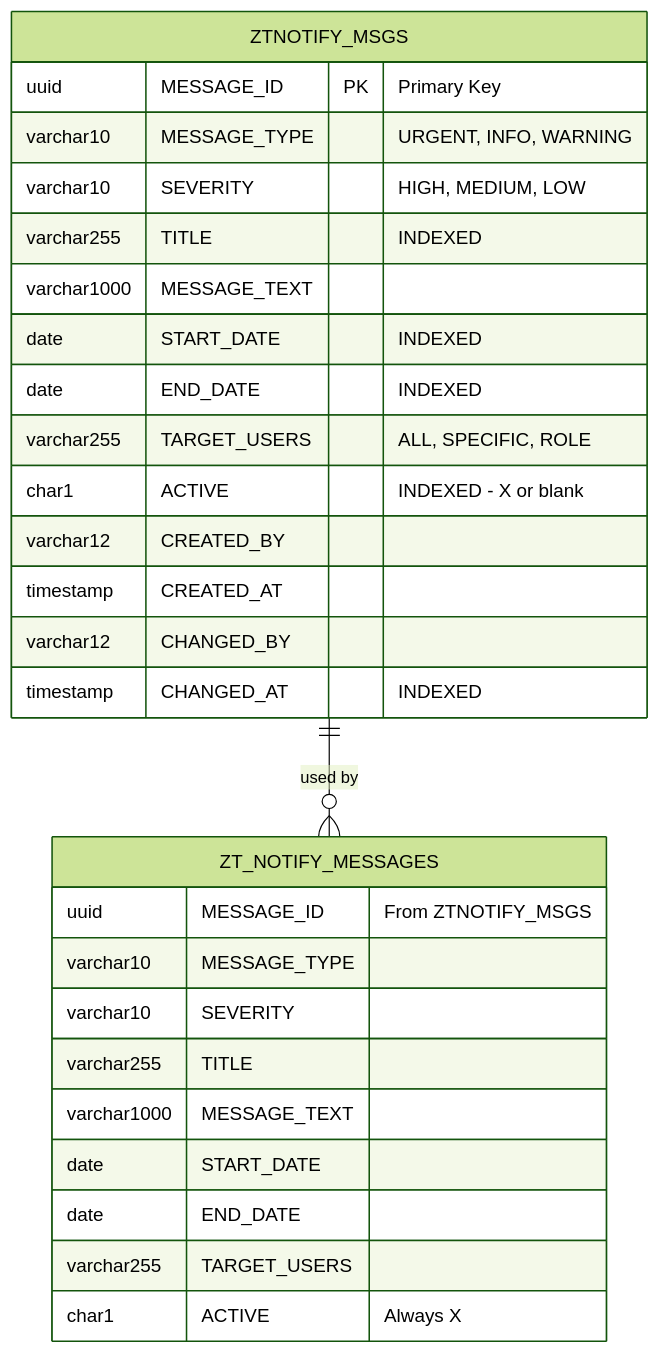
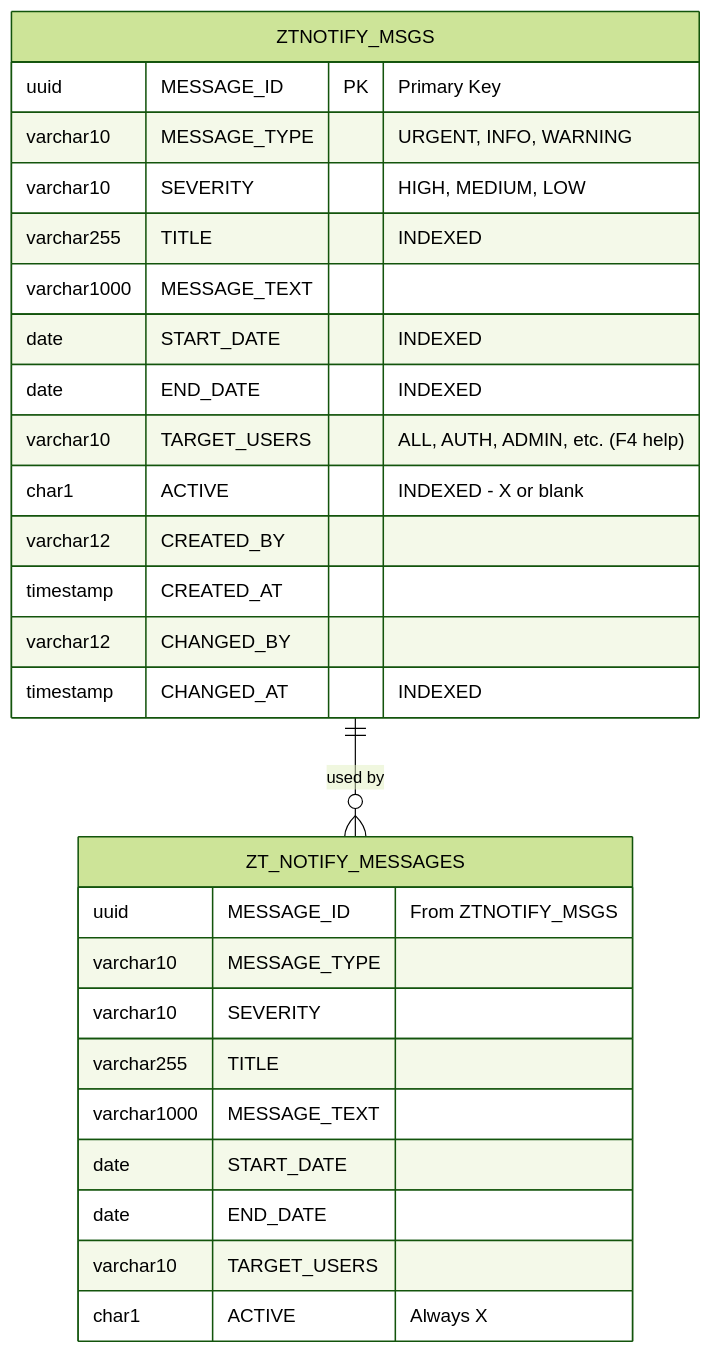
The fourth of 6 diagrams in docs/ARCHITECTURE.md (Raistlin82/sap-fiori-notification-banner), drawn with Mermaid (forest theme) before and after one commit. The commit also changed 4 other files, not shown here.

First line of the commit message:
docs: Complete TARGET_USERS refactoring documentation updates

````diff
--- a/docs/ARCHITECTURE.md
+++ b/docs/ARCHITECTURE.md
@@ -170,32 +170,32 @@
 ```mermaid
 erDiagram
     ZTNOTIFY_MSGS ||--o{ ZT_NOTIFY_MESSAGES : "used by"
 
     ZTNOTIFY_MSGS {
         uuid MESSAGE_ID PK "Primary Key"
         varchar10 MESSAGE_TYPE "URGENT, INFO, WARNING"
         varchar10 SEVERITY "HIGH, MEDIUM, LOW"
         varchar255 TITLE "INDEXED"
         varchar1000 MESSAGE_TEXT
         date START_DATE "INDEXED"
         date END_DATE "INDEXED"
-        varchar255 TARGET_USERS "ALL, SPECIFIC, ROLE"
+        varchar10 TARGET_USERS "ALL, AUTH, ADMIN, etc. (F4 help)"
         char1 ACTIVE "INDEXED - X or blank"
         varchar12 CREATED_BY
         timestamp CREATED_AT
         varchar12 CHANGED_BY
         timestamp CHANGED_AT "INDEXED"
     }
 
     ZT_NOTIFY_MESSAGES {
         uuid MESSAGE_ID "From ZTNOTIFY_MSGS"
         varchar10 MESSAGE_TYPE
         varchar10 SEVERITY
         varchar255 TITLE
         varchar1000 MESSAGE_TEXT
         date START_DATE
         date END_DATE
-        varchar255 TARGET_USERS
+        varchar10 TARGET_USERS
         char1 ACTIVE "Always X"
     }
 ```
````
